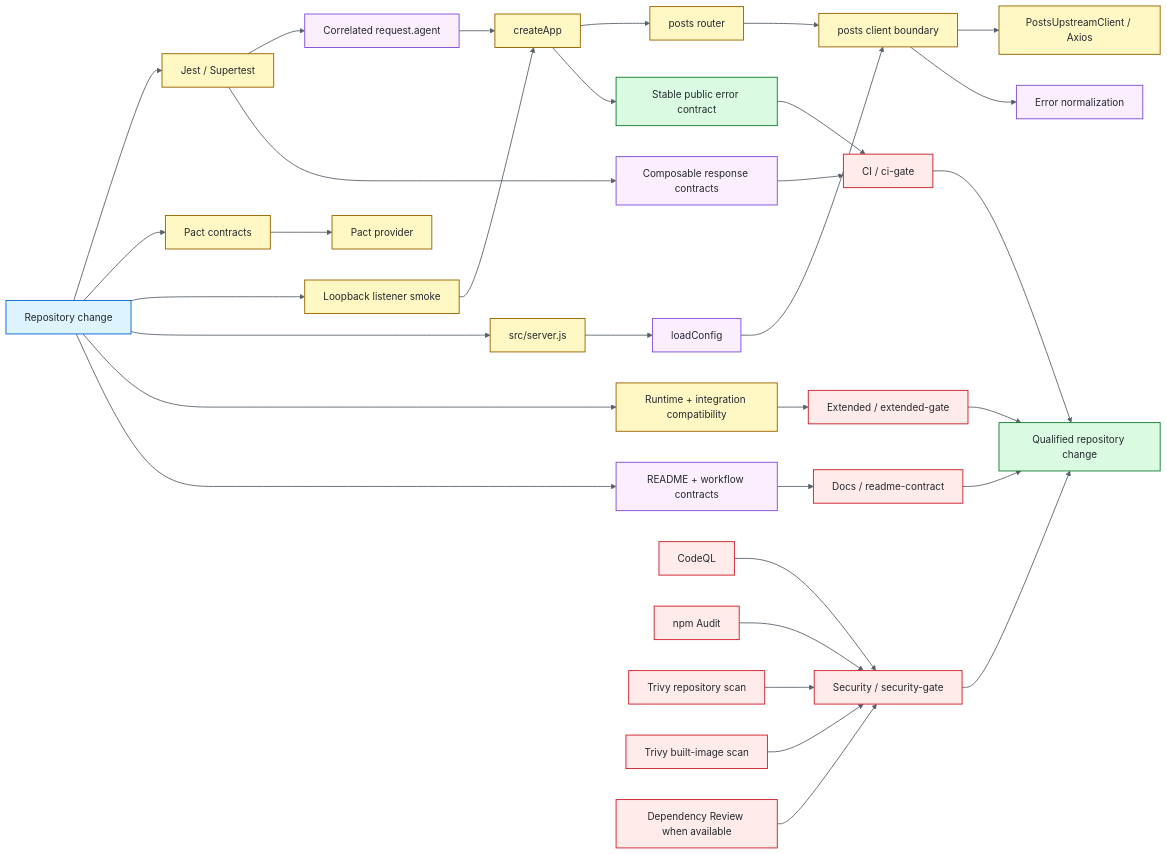
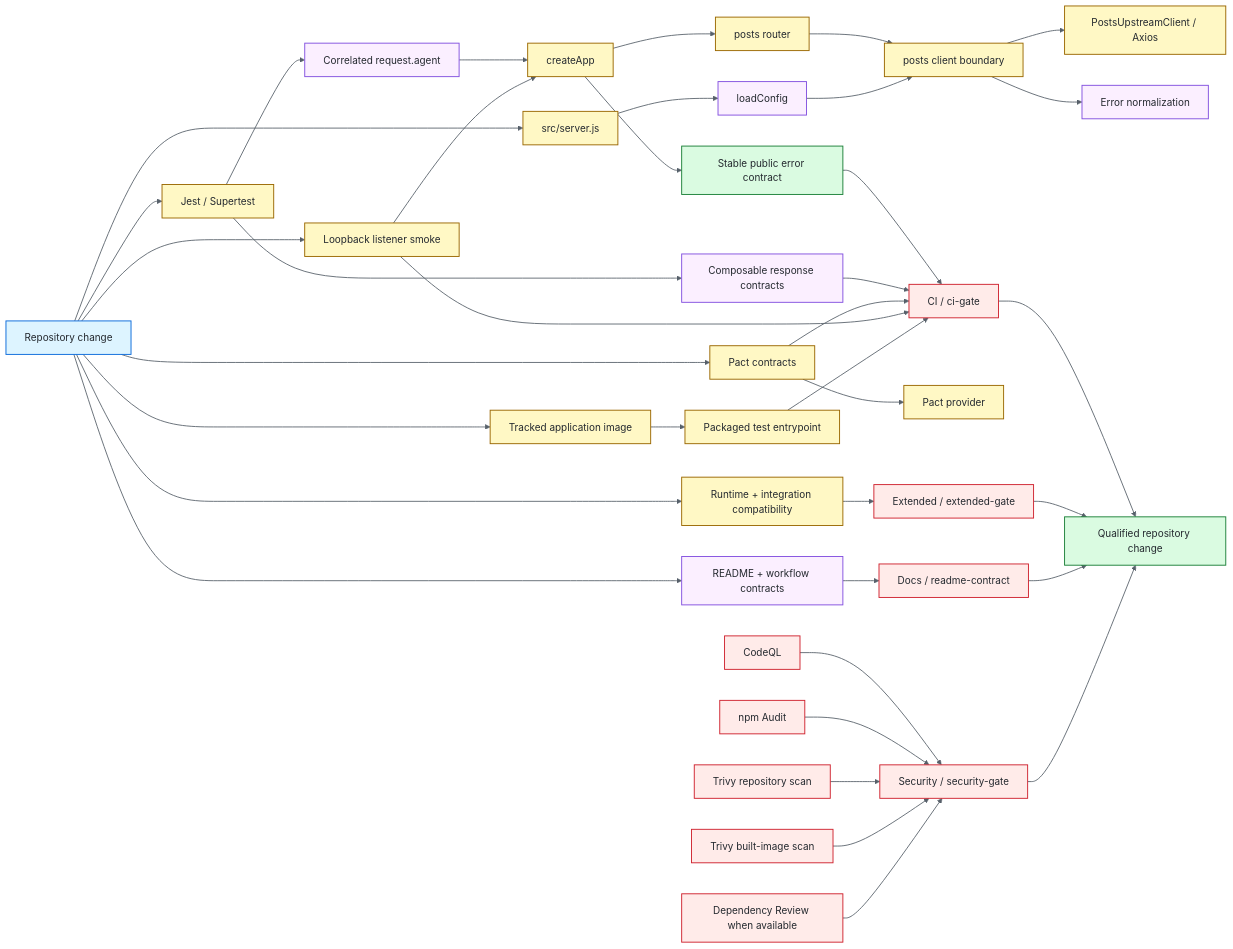
One commit to portyu9/qa-automation-node-supertest changed the diagram in README.md. Above: the diagram before and after it, drawn with Mermaid.

Commit message:
docs: align Mermaid diagram with required CI lanes

````diff
--- a/README.md
+++ b/README.md
@@ -41,51 +41,57 @@
 ```mermaid
 flowchart LR
     CHANGE[Repository change] --> TEST[Jest / Supertest]
     TEST --> AGENT[Correlated request.agent]
     AGENT --> APP[createApp]
     APP --> ROUTE[posts router]
     ROUTE --> PORT[posts client boundary]
     PORT --> AXIOS[PostsUpstreamClient / Axios]
     PORT --> ERR[Error normalization]
     TEST --> EXPECT[Composable response contracts]
     APP --> ENVELOPE[Stable public error contract]
     ENVELOPE --> CIG[CI / ci-gate]
     EXPECT --> CIG
 
     CHANGE --> PACT[Pact contracts]
     PACT --> MOCK[Pact provider]
+    PACT --> CIG
     CHANGE --> LISTENER[Loopback listener smoke]
     LISTENER --> APP
+    LISTENER --> CIG
     CHANGE --> SERVER[src/server.js]
     SERVER --> CFG[loadConfig]
     CFG --> PORT
+
+    CHANGE --> PKG[Tracked application image]
+    PKG --> ENTRY[Packaged test entrypoint]
+    ENTRY --> CIG
 
     CHANGE --> EXT[Runtime + integration compatibility]
     EXT --> EG[Extended / extended-gate]
 
     CHANGE --> DOCS[README + workflow contracts]
     DOCS --> DG[Docs / readme-contract]
 
     SAST[CodeQL] --> SG[Security / security-gate]
     AUDIT[npm Audit] --> SG
     REPO[Trivy repository scan] --> SG
     IMAGE[Trivy built-image scan] --> SG
     REVIEW[Dependency Review when available] --> SG
 
     CIG --> RESULT[Qualified repository change]
     EG --> RESULT
     DG --> RESULT
     SG --> RESULT
 
     classDef entry fill:#ddf4ff,stroke:#0969da,color:#24292f,stroke-width:1.5px;
     classDef policy fill:#fbefff,stroke:#8250df,color:#24292f,stroke-width:1.5px;
     classDef runtime fill:#fff8c5,stroke:#9a6700,color:#24292f,stroke-width:1.5px;
     classDef evidence fill:#dafbe1,stroke:#1a7f37,color:#24292f,stroke-width:1.5px;
     classDef gate fill:#ffebe9,stroke:#cf222e,color:#24292f,stroke-width:1.5px;
     class CHANGE entry;
     class AGENT,EXPECT,ERR,CFG,DOCS policy;
-    class TEST,APP,ROUTE,PORT,AXIOS,PACT,MOCK,LISTENER,SERVER,EXT runtime;
+    class TEST,APP,ROUTE,PORT,AXIOS,PACT,MOCK,LISTENER,SERVER,PKG,ENTRY,EXT runtime;
     class ENVELOPE,RESULT evidence;
     class CIG,EG,DG,SAST,AUDIT,REPO,IMAGE,REVIEW,SG gate;
     linkStyle default stroke:#57606a,stroke-width:1.4px;
 ```
````
